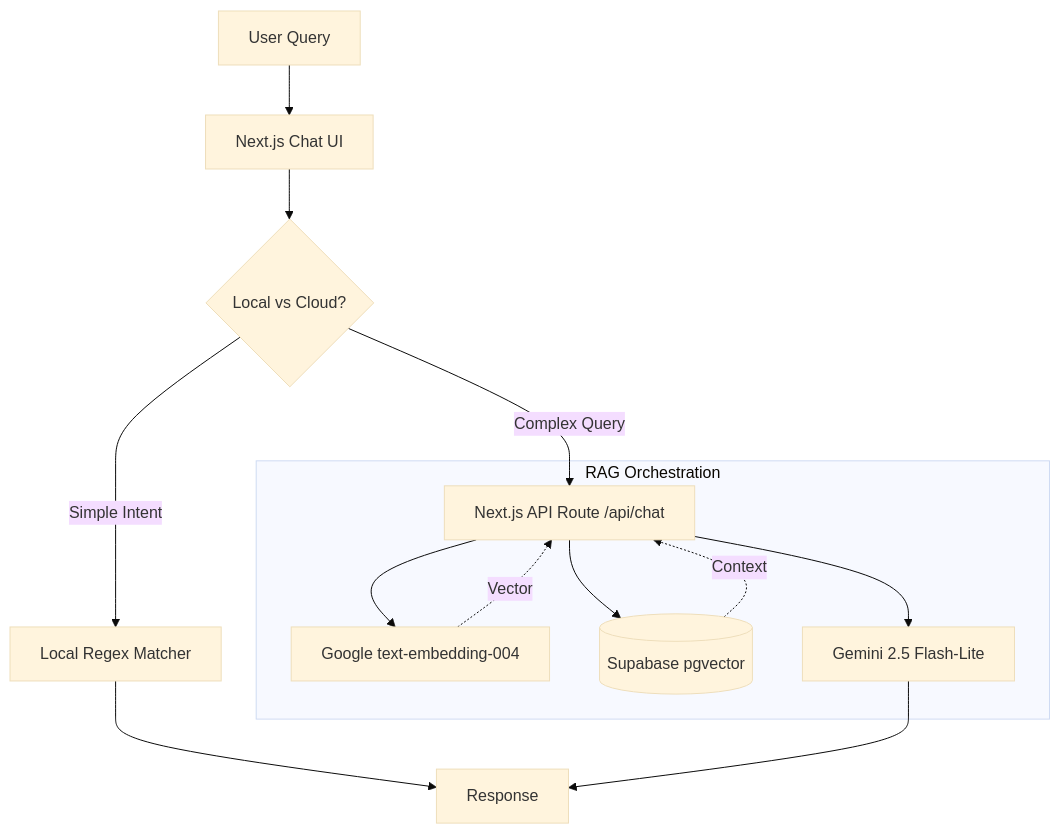
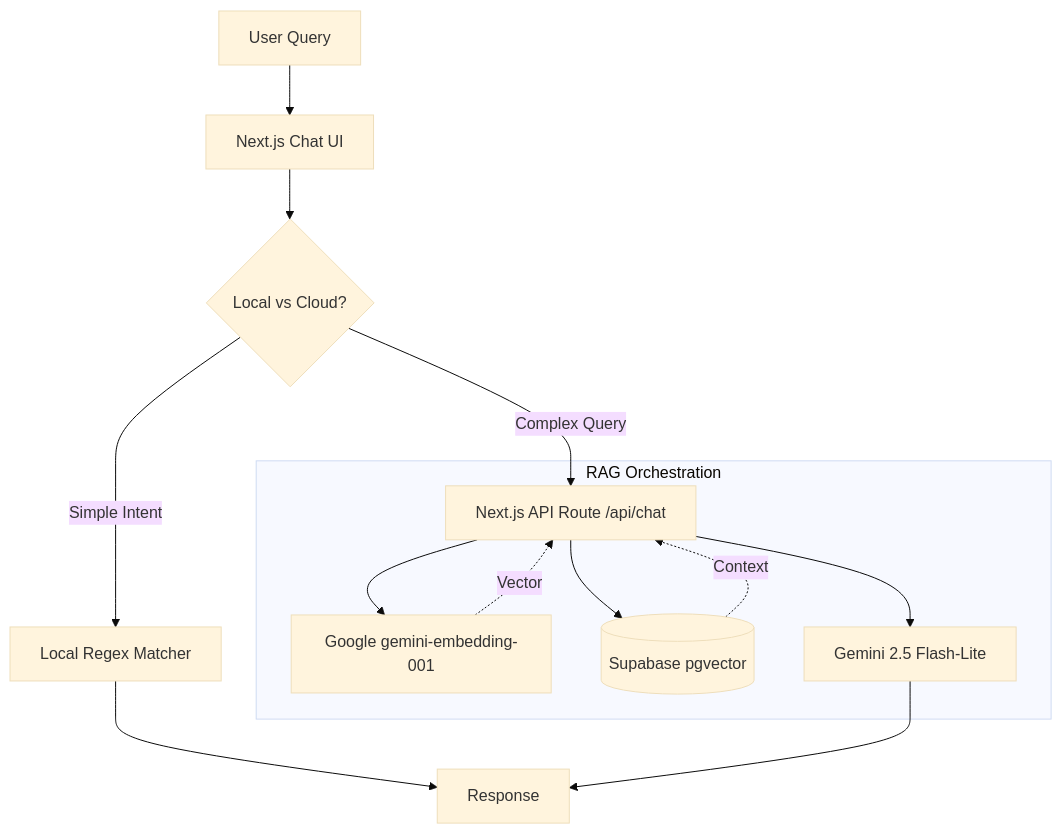
The diagram in README.md (aadvxe/AI-powered-portfolio), drawn with Mermaid (base theme) before and after one commit. The commit also changed other lines of this file and 1 other file, not shown here.

````diff
--- a/README.md
+++ b/README.md
@@ -9,20 +9,20 @@
 ```mermaid
 graph TD
     User[User Query] --> Frontend[Next.js Chat UI]
     Frontend --> HybridRouter{Local vs Cloud?}
 
     HybridRouter -- Simple Intent --> Local[Local Regex Matcher]
     Local --> Response[Response]
 
     HybridRouter -- Complex Query --> API[Next.js API Route /api/chat]
 
     subgraph RAG Orchestration
-    API --> Embed[Google text-embedding-004]
+    API --> Embed[Google gemini-embedding-001]
     Embed -.->|Vector| API
     API --> VectorDB[(Supabase pgvector)]
     VectorDB -.->|Context| API
     API --> LLM[Gemini 2.5 Flash-Lite]
     end
 
     LLM --> Response
 ```
````
